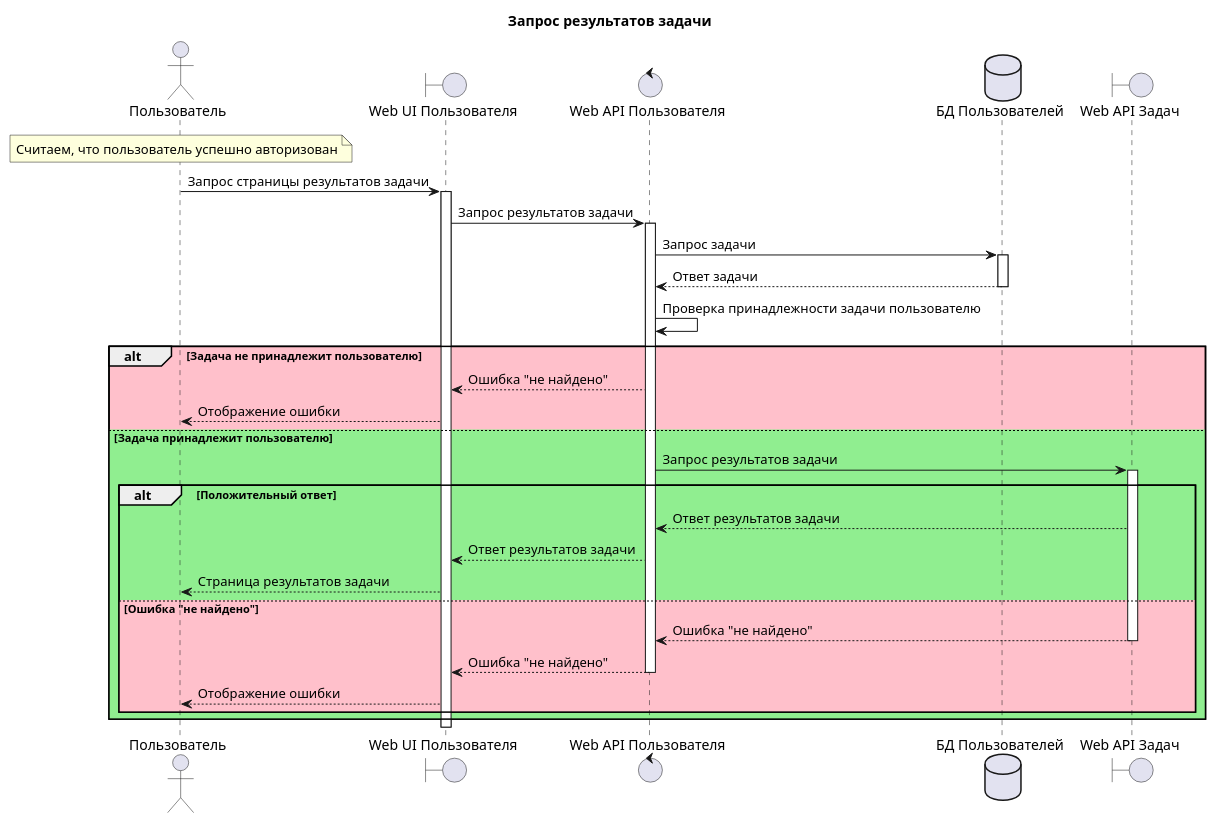
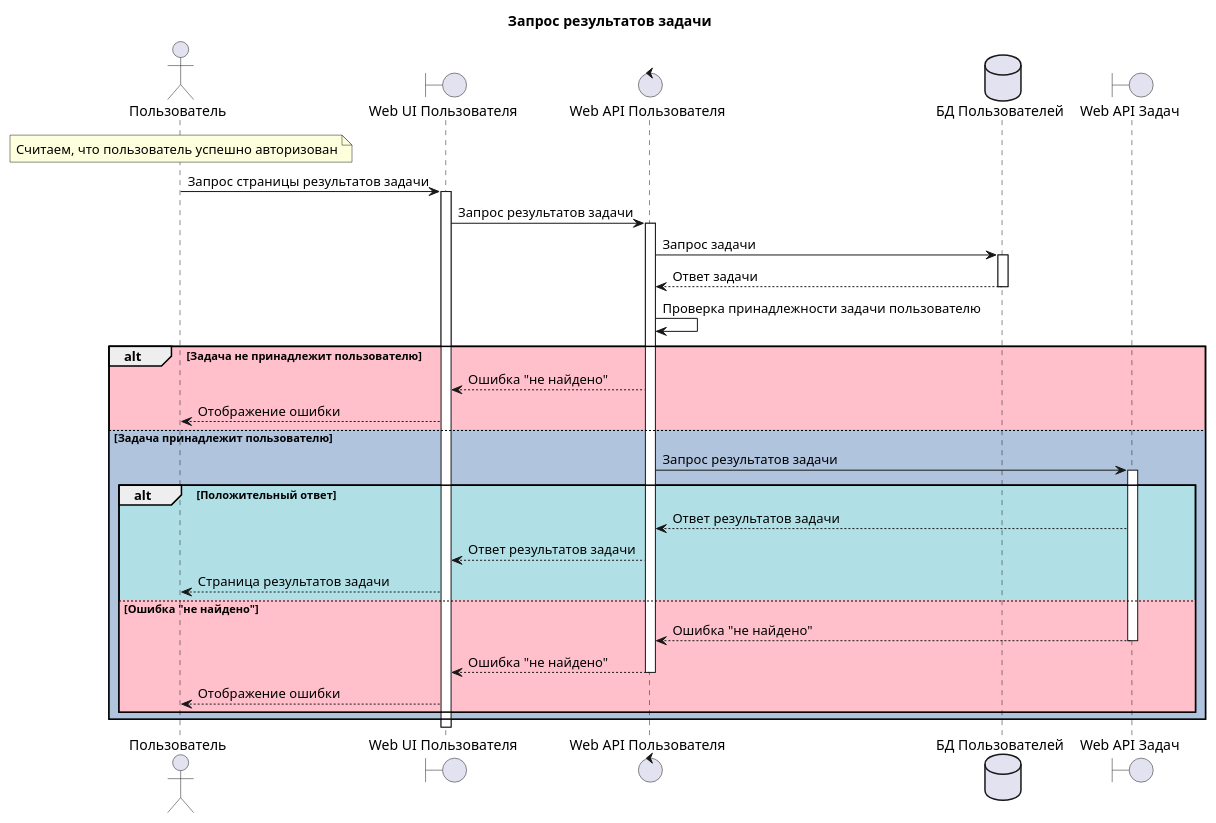
Before and after one commit to mrypdm/JobSystem: the fifth of 5 diagrams in docs/diagrams/sequence/User.WebApp.puml, drawn with PlantUML. The commit also changed other lines of this file and 2 other files, not shown here.

```diff
--- a/docs/diagrams/sequence/User.WebApp.puml
+++ b/docs/diagrams/sequence/User.WebApp.puml
@@ -145,44 +170,44 @@
 @startuml User job
 
 title Запрос результатов задачи
 
 actor Пользователь as USER
 note over USER: Считаем, что пользователь успешно авторизован
 
 boundary "Web UI Пользователя" as UI
 control "Web API Пользователя" as API
 database "БД Пользователей" as DB
 boundary "Web API Задач" as JOBS
 
 USER -> UI++: Запрос страницы результатов задачи
 UI -> API++: Запрос результатов задачи
 API -> DB++: Запрос задачи
 DB --> API--: Ответ задачи
 API -> API: Проверка принадлежности задачи пользователю
 
 alt #Pink Задача не принадлежит пользователю
 
     API --> UI: Ошибка "не найдено"
     UI --> USER: Отображение ошибки
 
-else #LightGreen Задача принадлежит пользователю
+else #LightSteelBlue Задача принадлежит пользователю
 
     API -> JOBS++: Запрос результатов задачи
 
-    alt #LightGreen Положительный ответ
+    alt #PowderBlue Положительный ответ
 
         JOBS --> API: Ответ результатов задачи
         API --> UI: Ответ результатов задачи
         UI --> USER: Страница результатов задачи
 
     else #Pink Ошибка "не найдено"
 
         JOBS --> API--: Ошибка "не найдено"
         API --> UI--: Ошибка "не найдено"
         UI --> USER: Отображение ошибки
 
     end
 
 end
 
 @enduml
```
